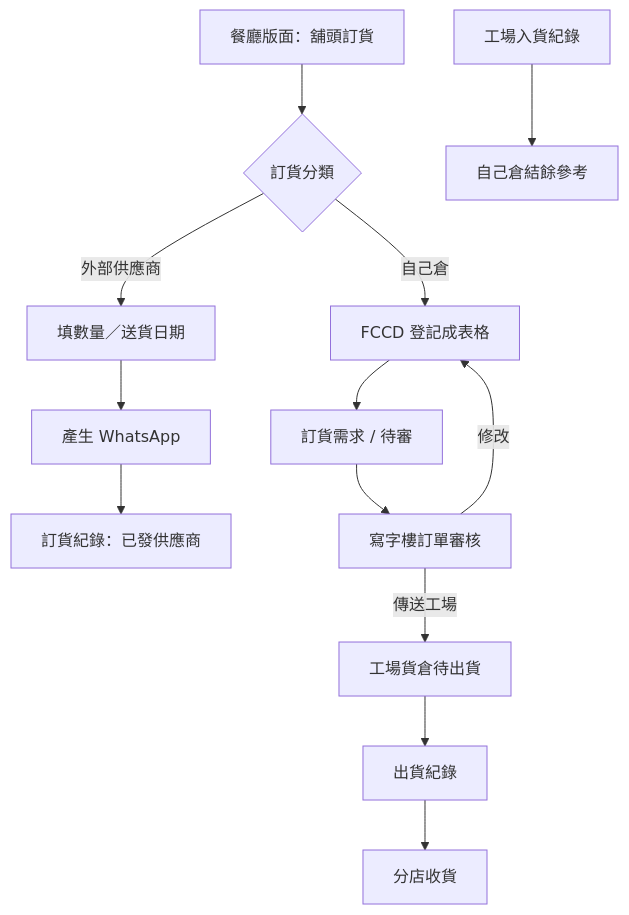
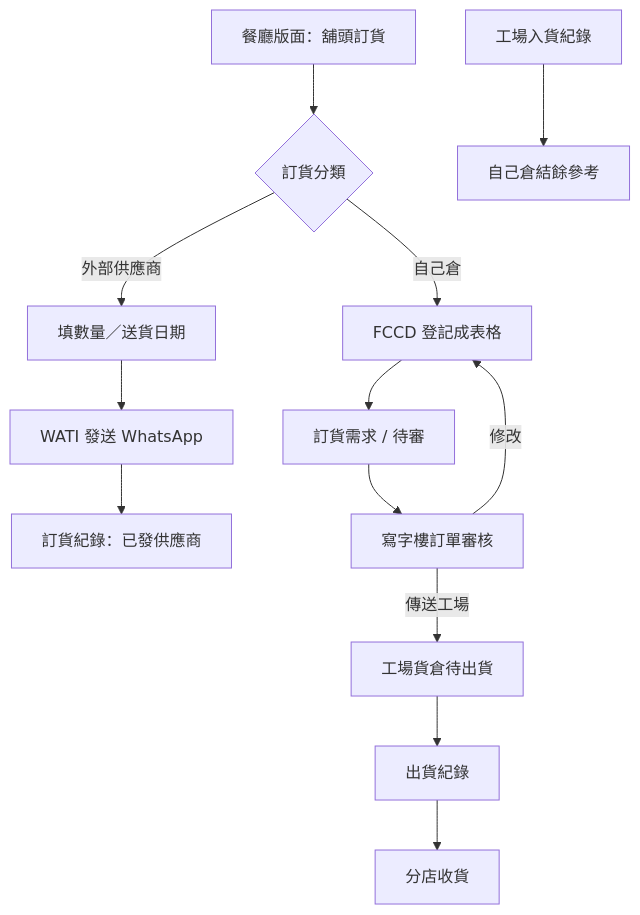
Before and after one commit to benjaken/fccd: the diagram in docs/SHOP_REPLENISHMENT_AND_HR_PRD.md, drawn with Mermaid. The commit also changed other lines of this file, not shown here.

First line of the commit message:
docs: send shop supplier orders through WATI

````diff
--- a/docs/SHOP_REPLENISHMENT_AND_HR_PRD.md
+++ b/docs/SHOP_REPLENISHMENT_AND_HR_PRD.md
@@ -168,15 +170,15 @@
 ```mermaid
 flowchart TD
   A["餐廳版面：舖頭訂貨"] --> B{"訂貨分類"}
   B -->|外部供應商| C["填數量／送貨日期"]
-  C --> D["產生 WhatsApp"]
+  C --> D["WATI 發送 WhatsApp"]
   D --> E["訂貨紀錄：已發供應商"]
   B -->|自己倉| F["FCCD 登記成表格"]
   F --> G["訂貨需求 / 待審"]
   G --> H["寫字樓訂單審核"]
   H -->|修改| F
   H -->|傳送工場| I["工場貨倉待出貨"]
   I --> J["出貨紀錄"]
   J --> K["分店收貨"]
   L["工場入貨紀錄"] --> M["自己倉結餘參考"]
 ```
````
